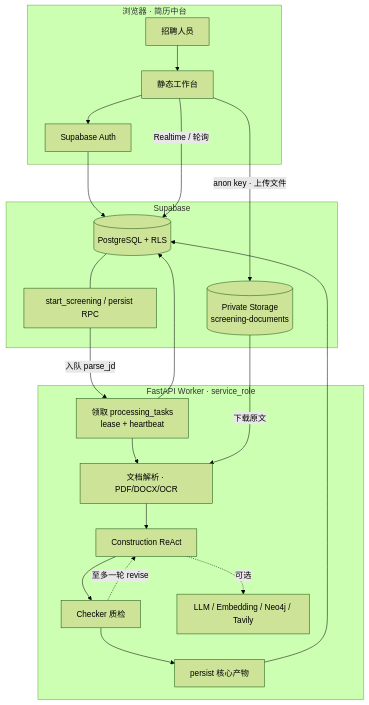
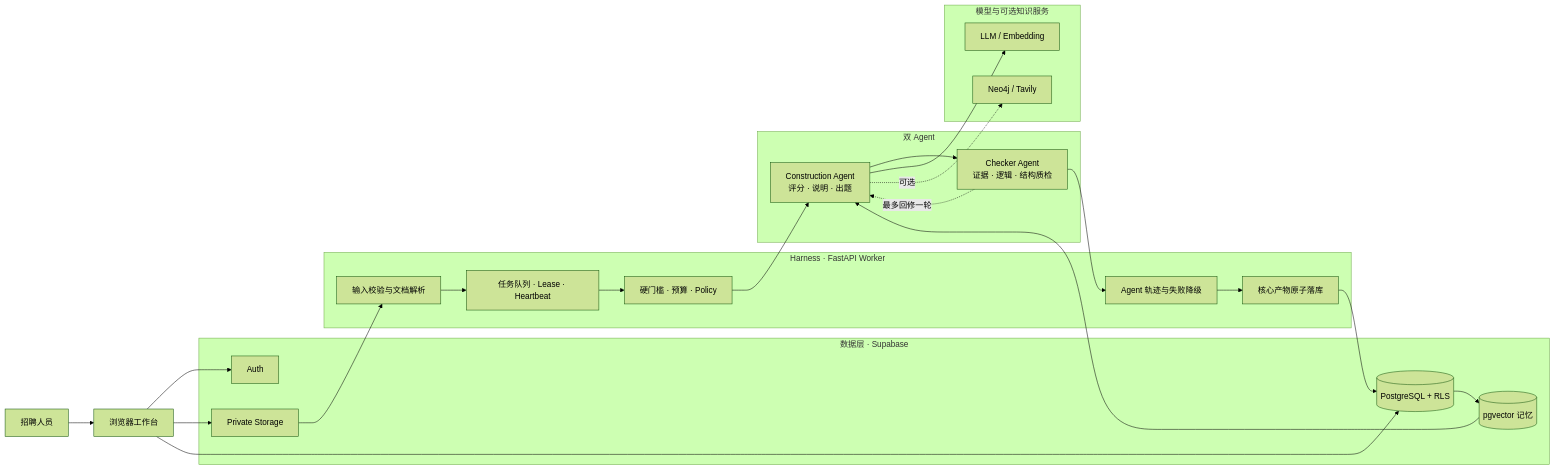
Before and after one commit to mengtian-7001/Resume_Agent: the first of 2 diagrams in README.md, drawn with Mermaid (forest theme). The commit also changed other lines of this file, not shown here.

````diff
--- a/README.md
+++ b/README.md
@@ -31,31 +41,40 @@
 ```mermaid
-flowchart TB
-  subgraph UI[浏览器 · 简历中台]
-    U[招聘人员] --> F[静态工作台]
-    F --> AUTH[Supabase Auth]
+flowchart LR
+  U[招聘人员] --> UI[浏览器工作台]
+
+  subgraph DATA[数据层 · Supabase]
+    AUTH[Auth]
+    STORE[Private Storage]
+    DB[(PostgreSQL + RLS)]
+    VEC[(pgvector 记忆)]
   end
 
-  subgraph SB[Supabase]
-    AUTH --> PG[(PostgreSQL + RLS)]
-    F -->|anon key · 上传文件| ST[(Private Storage<br/>screening-documents)]
-    F -->|Realtime / 轮询| PG
-    RPC[start_screening / persist RPC]
-    PG --- RPC
+  subgraph H[Harness · FastAPI Worker]
+    ING[输入校验与文档解析]
+    QUEUE[任务队列 · Lease · Heartbeat]
+    POLICY[硬门槛 · 预算 · Policy]
+    TRACE[Agent 轨迹与失败降级]
+    PERSIST[核心产物原子落库]
   end
 
-  subgraph WK[FastAPI Worker · service_role]
-    Q[领取 processing_tasks<br/>lease + heartbeat]
-    P[文档解析 · PDF/DOCX/OCR]
-    C[Construction ReAct]
-    K[Checker 质检]
-    PS[persist 核心产物]
-    Q --> P --> C --> K --> PS
-    K -.->|至多一轮 revise| C
-    C -.可选.-> L[LLM / Embedding / Neo4j / Tavily]
+  subgraph A[双 Agent]
+    C[Construction Agent\n评分 · 说明 · 出题]
+    K[Checker Agent\n证据 · 逻辑 · 结构质检]
+    C --> K
+    K -. 最多回修一轮 .-> C
   end
 
-  ST -->|下载原文| P
-  RPC -->|入队 parse_jd| Q
-  PS --> PG
-  Q --> PG
+  subgraph M[模型与可选知识服务]
+    LLM[LLM / Embedding]
+    GRAPH[Neo4j / Tavily]
+  end
+
+  UI --> AUTH
+  UI --> STORE
+  UI --> DB
+  STORE --> ING --> QUEUE --> POLICY --> C
+  C --> LLM
+  C -. 可选 .-> GRAPH
+  DB --> VEC --> C
+  K --> TRACE --> PERSIST --> DB
 ```
````
